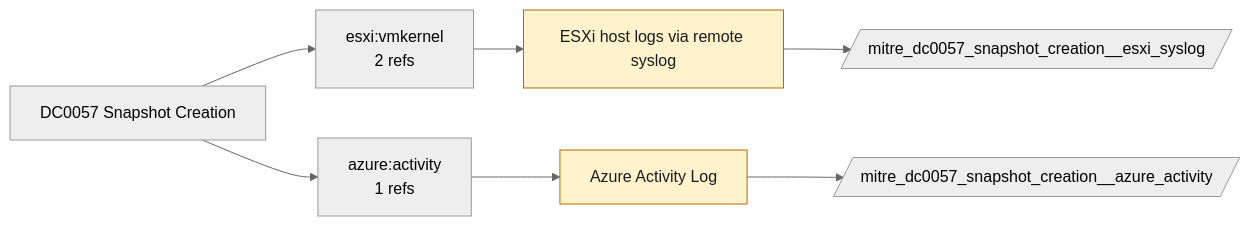
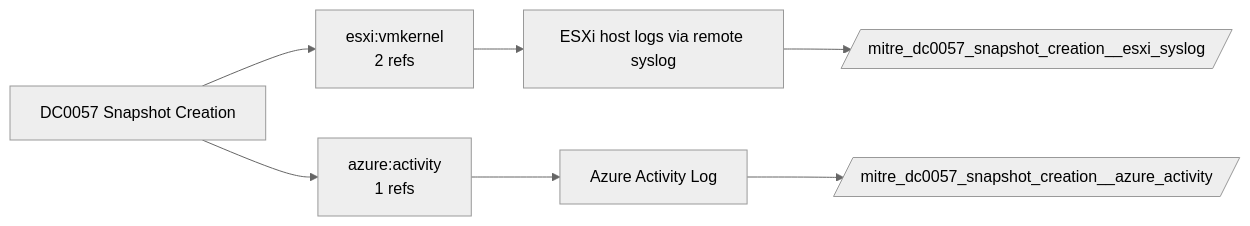
Before and after one commit to dev-nobytes-io/mitre-defensive-mappings-spl: the diagram in docs/data-components/DC0057-snapshot-creation.md, drawn with Mermaid (neutral theme). The commit also changed other lines of this file and 366 other files, not shown here.

````diff
--- a/docs/data-components/DC0057-snapshot-creation.md
+++ b/docs/data-components/DC0057-snapshot-creation.md
@@ -19,16 +19,12 @@
 ```mermaid
 flowchart LR
   DC["DC0057 Snapshot Creation"]
   DC --> LS0["esxi:vmkernel<br/>2 refs"]
   F_esxi_syslog["ESXi host logs via remote syslog"]
   LS0 --> F_esxi_syslog
   DC --> LS1["azure:activity<br/>1 refs"]
   F_azure_activity["Azure Activity Log"]
   LS1 --> F_azure_activity
   F_azure_activity --> ET_azure_activity[/"mitre_dc0057_snapshot_creation__azure_activity"/]
-  class F_azure_activity ready
   F_esxi_syslog --> ET_esxi_syslog[/"mitre_dc0057_snapshot_creation__esxi_syslog"/]
-  class F_esxi_syslog ready
-  classDef live fill:#d4edda,stroke:#2e7d32,color:#1b1b1b
-  classDef ready fill:#fff3cd,stroke:#b26a00,color:#1b1b1b
 ```
````
